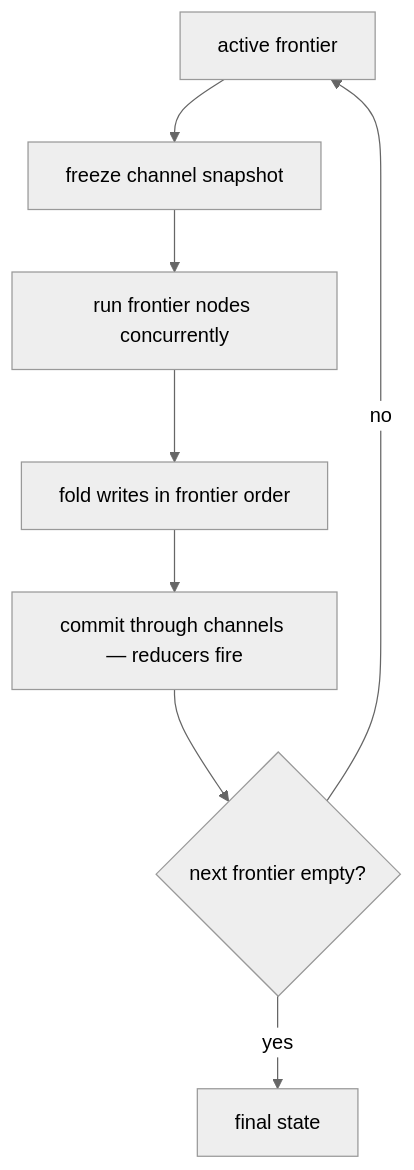
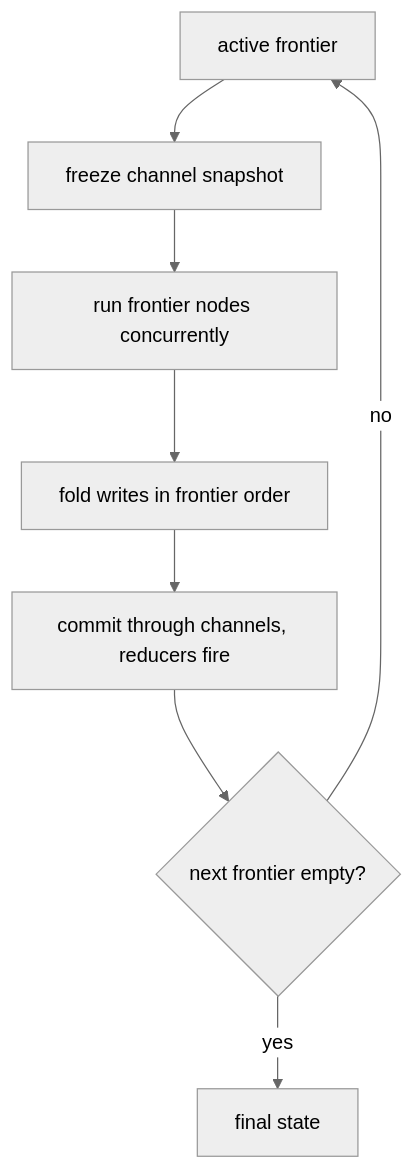
The first of 2 diagrams in README.md (Infyrence/infy), drawn with Mermaid (neutral theme) before and after one commit. The commit also changed other lines of this file and 1 other file, not shown here.

````diff
--- a/README.md
+++ b/README.md
@@ -162,10 +202,10 @@
 ```mermaid
 flowchart TB
     F["active frontier"] --> SNAP["freeze channel snapshot"]
     SNAP --> RUN["run frontier nodes concurrently"]
     RUN --> FOLD["fold writes in frontier order"]
-    FOLD --> COMMIT["commit through channels — reducers fire"]
+    FOLD --> COMMIT["commit through channels, reducers fire"]
     COMMIT --> NEXT{"next frontier empty?"}
     NEXT -->|no| F
     NEXT -->|yes| DONE["final state"]
 ```
````
